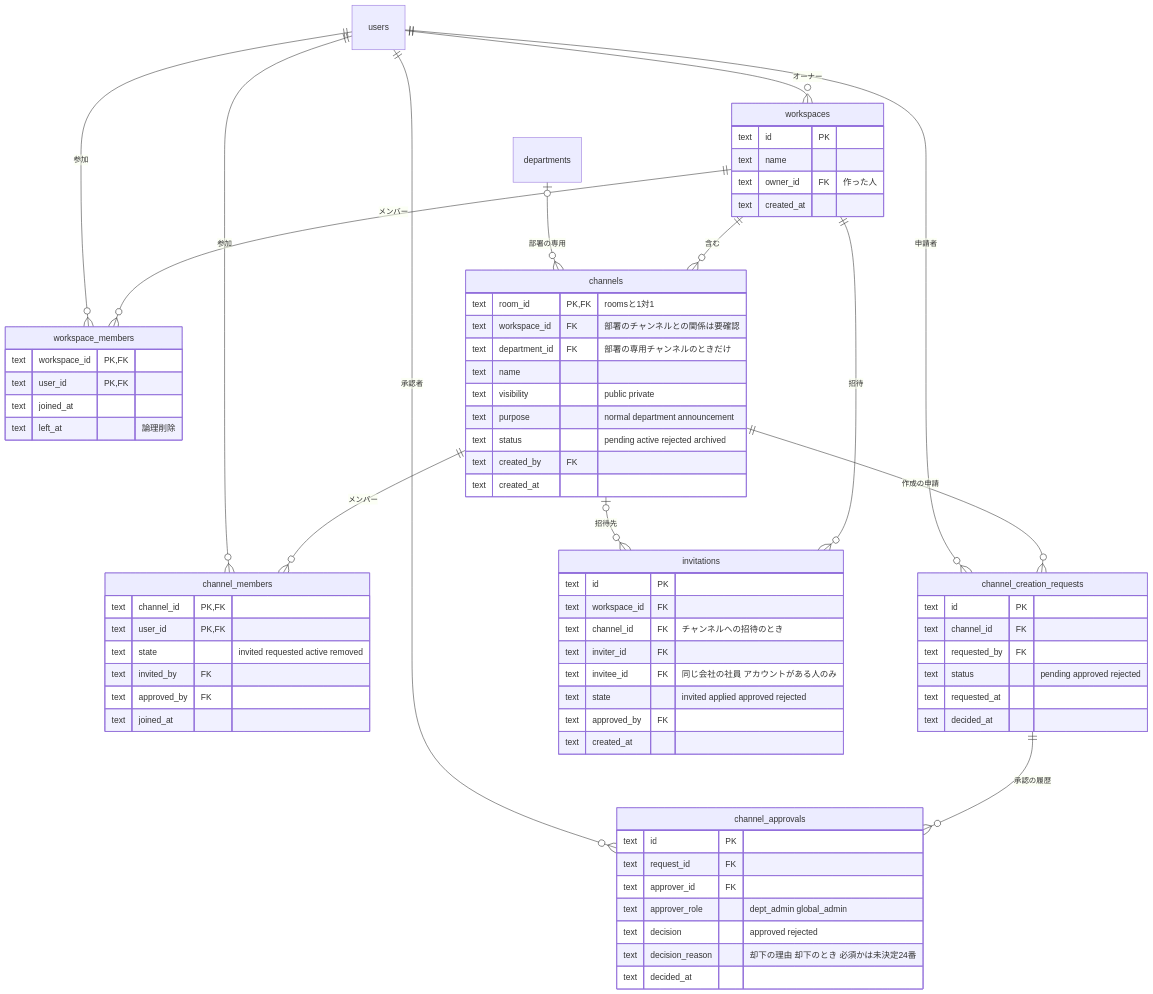
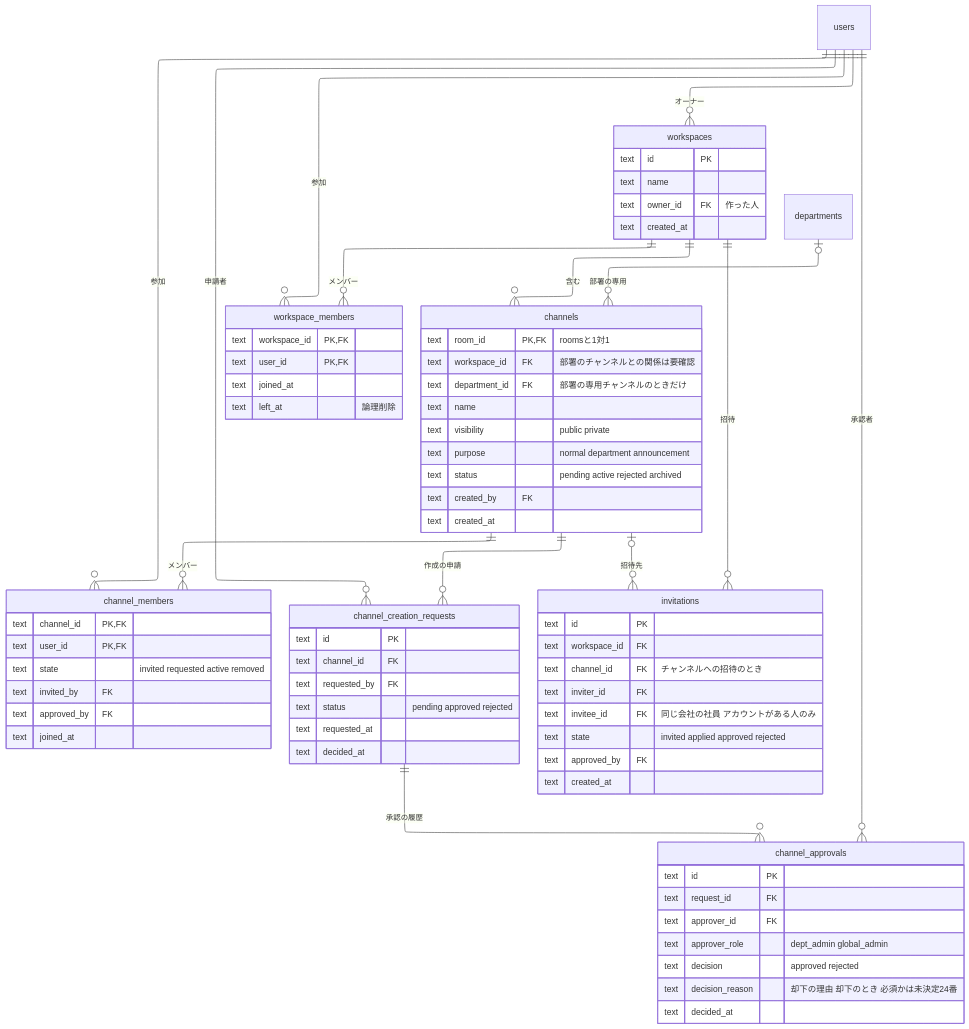
One commit to yamamotonaoki3/internal-system changed the third of 4 diagrams in docs/requirements/data-model.md. Above: the diagram before and after it, drawn with Mermaid. The commit also changed other lines of this file, not shown here.

First line of the commit message:
docs: データモデルのER図をelkレンダラーで直角配置にする (#10) (#14)

````diff
--- a/docs/requirements/data-model.md
+++ b/docs/requirements/data-model.md
@@ -139,75 +147,79 @@
 ```mermaid
+---
+config:
+  layout: elk
+---
 erDiagram
     users ||--o{ workspaces : "オーナー"
     workspaces ||--o{ workspace_members : "メンバー"
     users ||--o{ workspace_members : "参加"
     workspaces ||--o{ channels : "含む"
     departments |o--o{ channels : "部署の専用"
     channels ||--o{ channel_members : "メンバー"
     users ||--o{ channel_members : "参加"
     channels ||--o{ channel_creation_requests : "作成の申請"
     channel_creation_requests ||--o{ channel_approvals : "承認の履歴"
     users ||--o{ channel_creation_requests : "申請者"
     users ||--o{ channel_approvals : "承認者"
     workspaces ||--o{ invitations : "招待"
     channels |o--o{ invitations : "招待先"
 
     workspaces {
         text id PK
         text name
         text owner_id FK "作った人"
         text created_at
     }
     workspace_members {
         text workspace_id PK, FK
         text user_id PK, FK
         text joined_at
         text left_at "論理削除"
     }
     channels {
         text room_id PK, FK "roomsと1対1"
         text workspace_id FK "部署のチャンネルとの関係は要確認"
         text department_id FK "部署の専用チャンネルのときだけ"
         text name
         text visibility "public private"
         text purpose "normal department announcement"
         text status "pending active rejected archived"
         text created_by FK
         text created_at
     }
     channel_members {
         text channel_id PK, FK
         text user_id PK, FK
         text state "invited requested active removed"
         text invited_by FK
         text approved_by FK
         text joined_at
     }
     channel_creation_requests {
         text id PK
         text channel_id FK
         text requested_by FK
         text status "pending approved rejected"
         text requested_at
         text decided_at
     }
     channel_approvals {
         text id PK
         text request_id FK
         text approver_id FK
         text approver_role "dept_admin global_admin"
         text decision "approved rejected"
         text decision_reason "却下の理由 却下のとき 必須かは未決定24番"
         text decided_at
     }
     invitations {
         text id PK
         text workspace_id FK
         text channel_id FK "チャンネルへの招待のとき"
         text inviter_id FK
         text invitee_id FK "同じ会社の社員 アカウントがある人のみ"
         text state "invited applied approved rejected"
         text approved_by FK
         text created_at
     }
 ```
````
